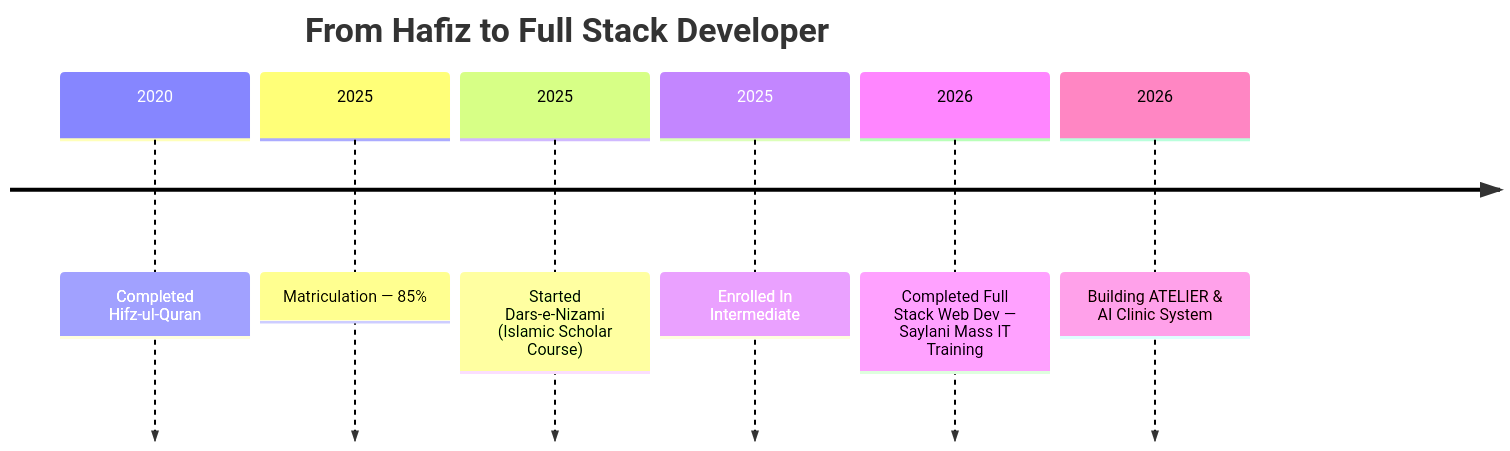
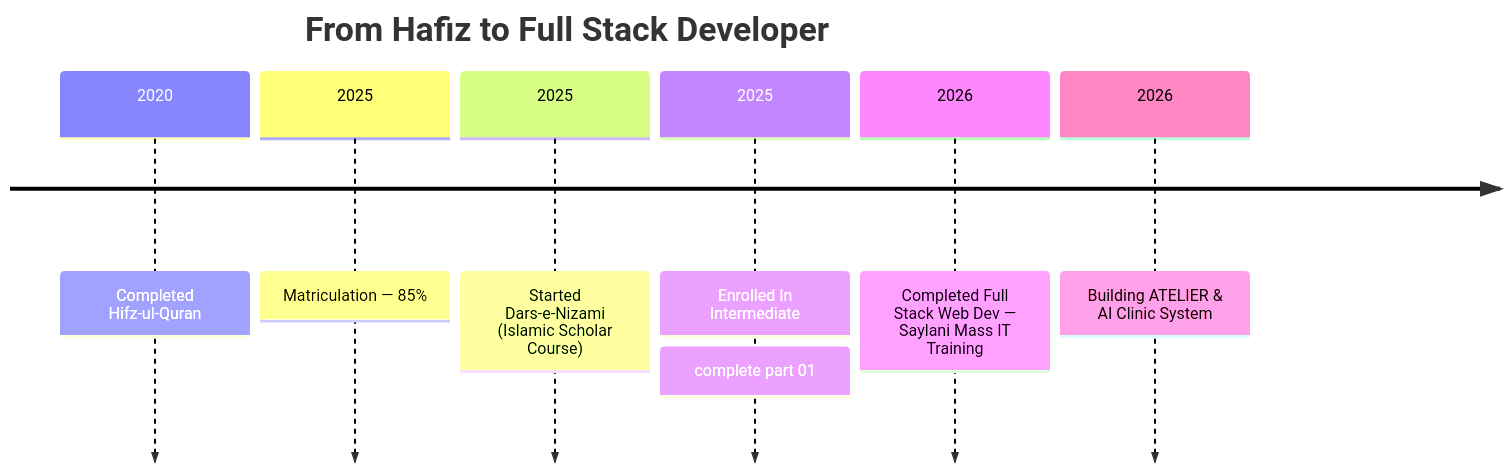
Before and after one commit to huzaifaabbasi630/huzaifaabbasi630: the diagram in README.md, drawn with Mermaid.

Commit message:
Update enrollment status in README

````diff
--- a/README.md
+++ b/README.md
@@ -39,10 +39,10 @@
 ```mermaid
 timeline
     title From Hafiz to Full Stack Developer
     2020 : Completed Hifz-ul-Quran
     2025 : Matriculation — 85%
     2025 : Started Dars-e-Nizami (Islamic Scholar Course)
-    2025 : Enrolled In Intermediate 
+    2025 : Enrolled In Intermediate : complete part 01
     2026 : Completed Full Stack Web Dev — Saylani Mass IT Training
     2026 : Building ATELIER & AI Clinic System
 ```
````
